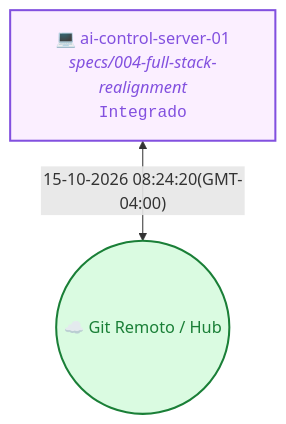
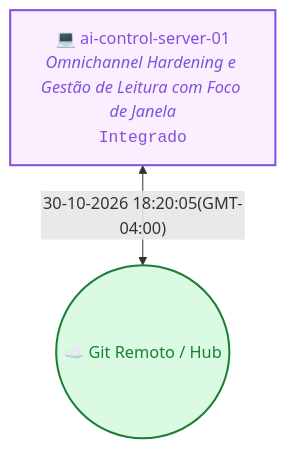
Before and after one commit to andreticba/ai-control-context: the diagram in README.md, drawn with Mermaid. The commit also changed other lines of this file and 11 other files, not shown here.

````diff
--- a/README.md
+++ b/README.md
@@ -20,8 +20,8 @@
 ```mermaid
 flowchart TD
   Cloud(("☁️ Git Remoto / Hub"))
-  M_c01fdc4a["💻 ai-control-server-01<br/><i>specs/004-full-stack-realignment</i><br/><code>Integrado</code>"]
-  M_c01fdc4a <-->|"15-10-2026 08:24:20(GMT-04:00)"| Cloud
+  M_c01fdc4a["💻 ai-control-server-01<br/><i>Omnichannel Hardening e Gestão de Leitura com Foco de Janela</i><br/><code>Integrado</code>"]
+  M_c01fdc4a <-->|"30-10-2026 18:20:05(GMT-04:00)"| Cloud
   style M_c01fdc4a stroke:#8250df,stroke-width:2px,fill:#fbefff,color:#8250df
   style Cloud stroke:#1a7f37,stroke-width:2px,fill:#dafbe1,color:#1a7f37
 ```
````
